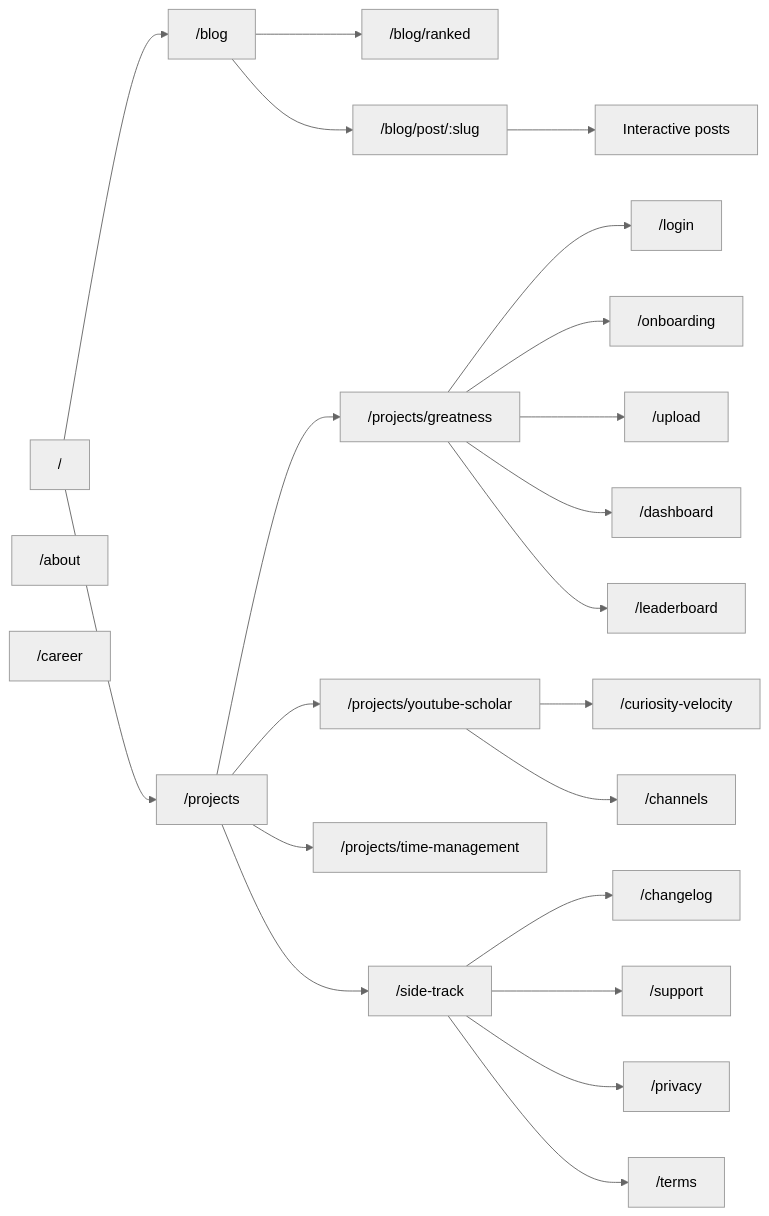
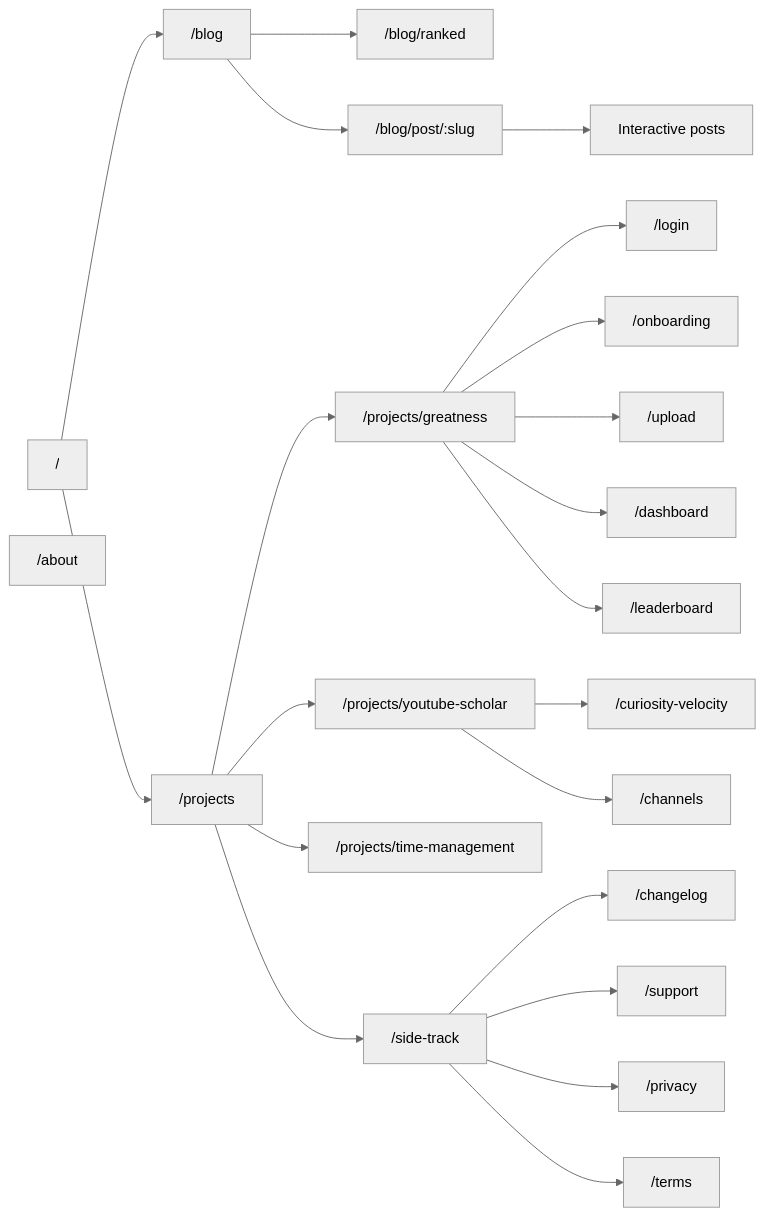
The third of 10 diagrams in README.md (reuben-roy/explosion.fun), drawn with Mermaid (neutral theme) before and after one commit. The commit also changed other lines of this file and 35 other files, not shown here.

````diff
--- a/README.md
+++ b/README.md
@@ -173,36 +173,35 @@
 ```mermaid
 flowchart LR
   HOME["/"]
   ABOUT["/about"]
-  CAREER["/career"]
   BLOG["/blog"]
   RANKED["/blog/ranked"]
   SLUG["/blog/post/:slug"]
   PROJ["/projects"]
   ST["/side-track"]
 
   HOME --> BLOG
   HOME --> PROJ
   PROJ --> G["/projects/greatness"]
   PROJ --> TM["/projects/time-management"]
   PROJ --> YT["/projects/youtube-scholar"]
   PROJ --> ST
 
   G --> GL["/login"]
   G --> GO["/onboarding"]
   G --> GU["/upload"]
   G --> GD["/dashboard"]
   G --> GB["/leaderboard"]
 
   YT --> YC["/curiosity-velocity"]
   YT --> YCH["/channels"]
 
   BLOG --> SLUG
   BLOG --> RANKED
   SLUG --> INT["Interactive posts"]
 
   ST --> STC["/changelog"]
   ST --> STS["/support"]
   ST --> STP["/privacy"]
   ST --> STT["/terms"]
 ```
````
